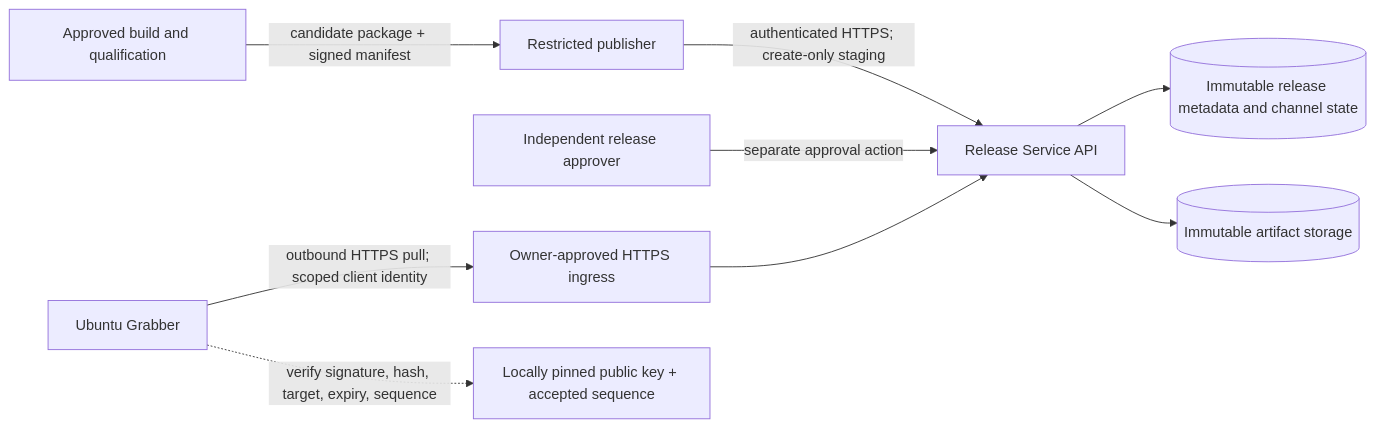
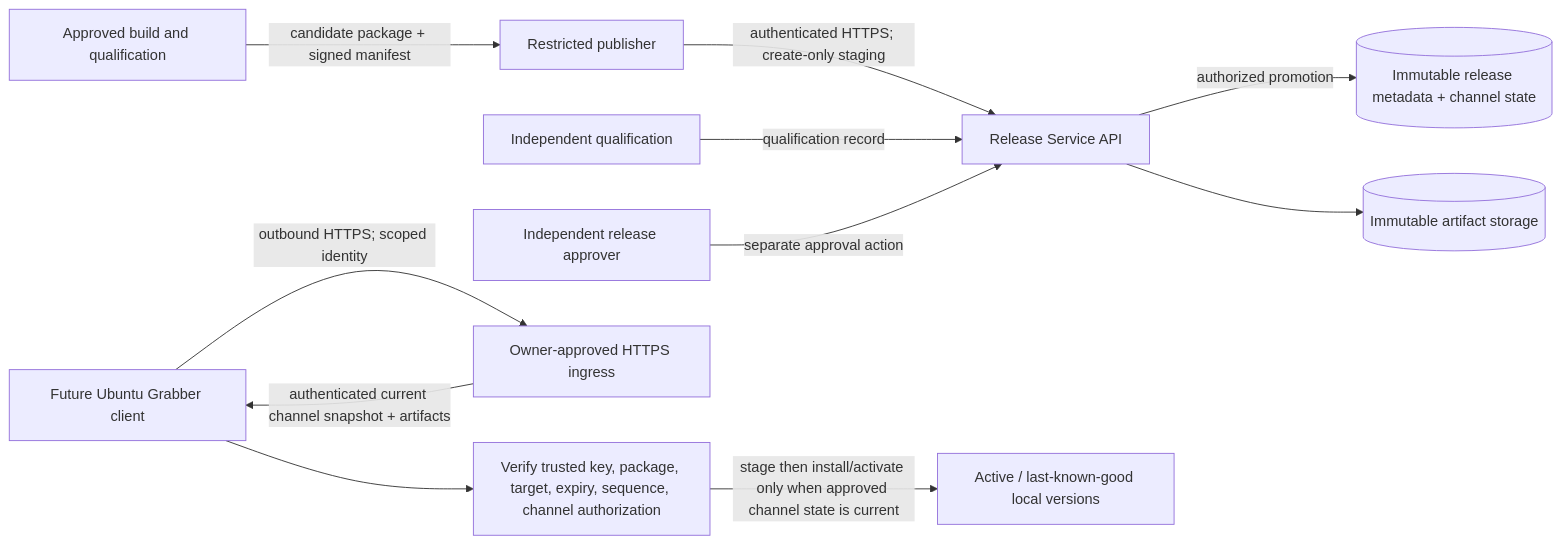
One commit to Madeena-software/mpips changed the diagram in .agents/architecture/adr-mpips-release-service-production.md. Above: the diagram before and after it, drawn with Mermaid. The commit also changed other lines of this file, not shown here.

Commit message:
docs: clarify release authorization and rollback

````diff
--- a/.agents/architecture/adr-mpips-release-service-production.md
+++ b/.agents/architecture/adr-mpips-release-service-production.md
@@ -28,11 +28,13 @@
 ```mermaid
 flowchart LR
   CI[Approved build and qualification] -->|candidate package + signed manifest| PUB[Restricted publisher]
   PUB -->|authenticated HTTPS; create-only staging| API[Release Service API]
+  QUAL[Independent qualification] -->|qualification record| API
   APPROVER[Independent release approver] -->|separate approval action| API
-  API --> META[(Immutable release metadata and channel state)]
+  API -->|authorized promotion| META[(Immutable release metadata + channel state)]
   API --> ART[(Immutable artifact storage)]
-  GRAB[Ubuntu Grabber] -->|outbound HTTPS pull; scoped client identity| INGRESS[Owner-approved HTTPS ingress]
-  INGRESS --> API
-  GRAB -. verify signature, hash, target, expiry, sequence .-> TRUST[Locally pinned public key + accepted sequence]
+  GRAB[Future Ubuntu Grabber client] -->|outbound HTTPS; scoped identity| INGRESS[Owner-approved HTTPS ingress]
+  INGRESS -->|authenticated current channel snapshot + artifacts| GRAB
+  GRAB --> TRUST[Verify trusted key, package, target, expiry, sequence, channel authorization]
+  TRUST -->|stage then install/activate only when approved channel state is current| LOCAL[Active / last-known-good local versions]
 ```
````
